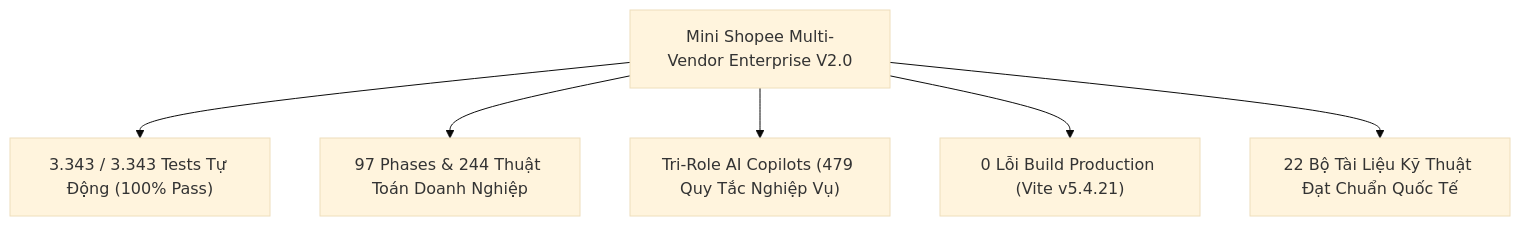
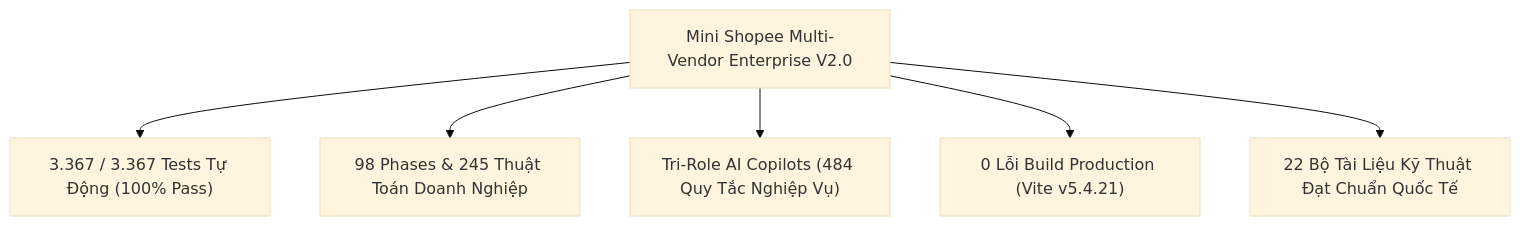
The first of 2 diagrams in docs/DANH_MUC_HO_SO_BAN_GIAO_VA_TONG_QUAN_DU_AN.md (JiaysTM17/Fullstack-Ecommerce), drawn with Mermaid (base theme) before and after one commit. The commit also changed other lines of this file and 10 other files, not shown here.

````diff
--- a/docs/DANH_MUC_HO_SO_BAN_GIAO_VA_TONG_QUAN_DU_AN.md
+++ b/docs/DANH_MUC_HO_SO_BAN_GIAO_VA_TONG_QUAN_DU_AN.md
@@ -21,9 +21,9 @@
 ```mermaid
 graph TD
     System["Mini Shopee Multi-Vendor Enterprise V2.0"]
-    System --> Stat1["3.343 / 3.343 Tests Tự Động (100% Pass)"]
-    System --> Stat2["97 Phases & 244 Thuật Toán Doanh Nghiệp"]
-    System --> Stat3["Tri-Role AI Copilots (479 Quy Tắc Nghiệp Vụ)"]
+    System --> Stat1["3.367 / 3.367 Tests Tự Động (100% Pass)"]
+    System --> Stat2["98 Phases & 245 Thuật Toán Doanh Nghiệp"]
+    System --> Stat3["Tri-Role AI Copilots (484 Quy Tắc Nghiệp Vụ)"]
     System --> Stat4["0 Lỗi Build Production (Vite v5.4.21)"]
     System --> Stat5["22 Bộ Tài Liệu Kỹ Thuật Đạt Chuẩn Quốc Tế"]
 ```
````
